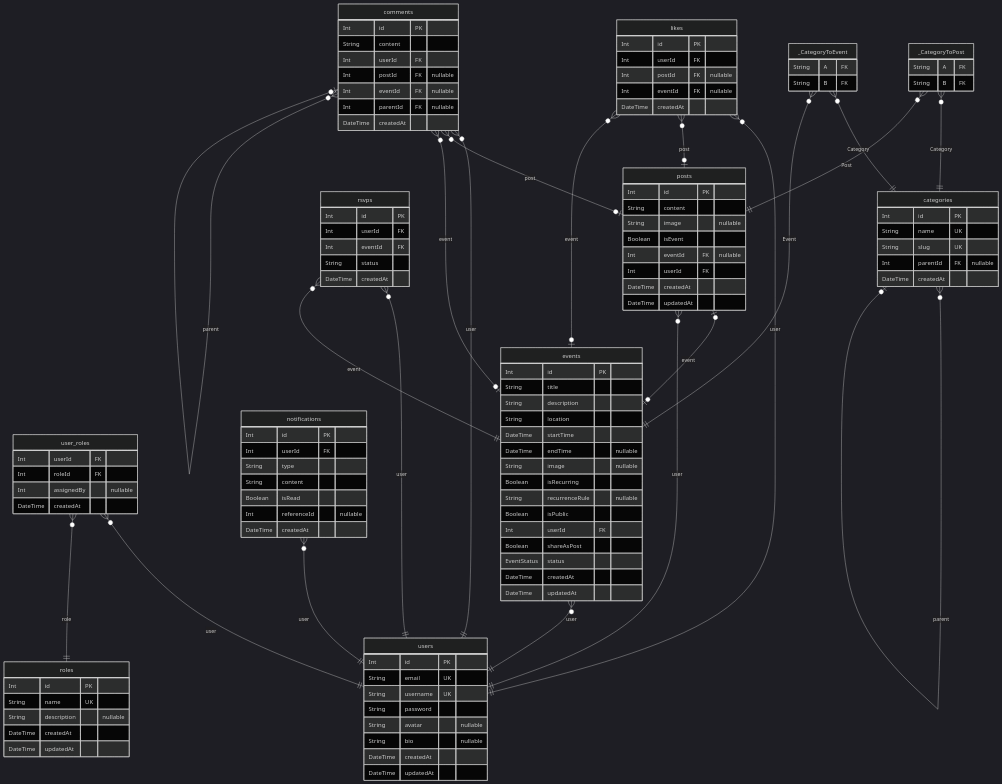
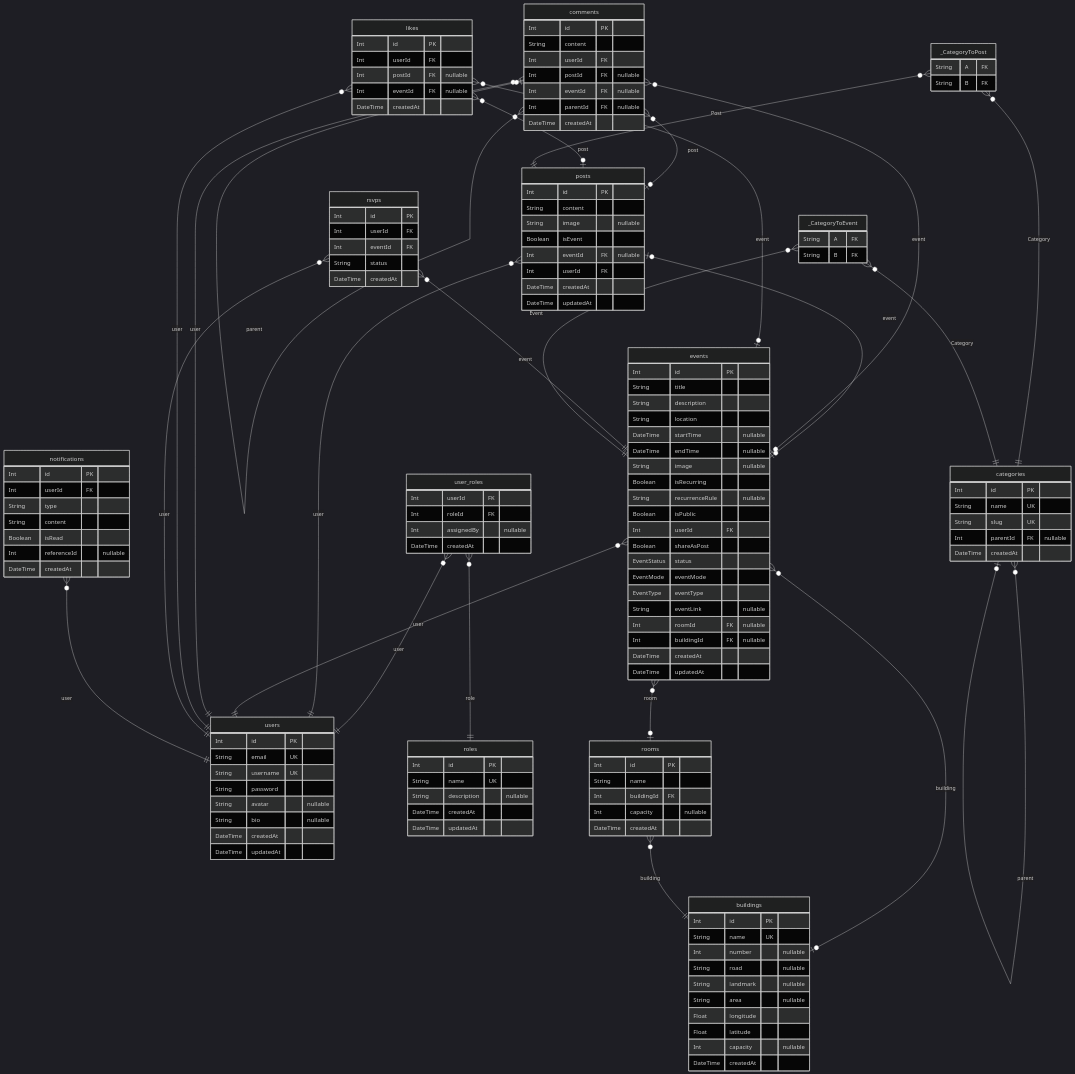
Before and after one commit to Phastboy/nest-auth: the diagram in prisma/ERD.md, drawn with Mermaid (dark theme). The commit also changed other lines of this file and 252 other files, not shown here.

```diff
--- a/prisma/ERD.md
+++ b/prisma/ERD.md
@@ -51,7 +51,7 @@
   String title
   String description
   String location
-  DateTime startTime
+  DateTime startTime "nullable"
   DateTime endTime "nullable"
   String image "nullable"
   Boolean isRecurring
@@ -60,8 +60,32 @@
   Int userId FK
   Boolean shareAsPost
   EventStatus status
+  EventMode eventMode
+  EventType eventType
+  String eventLink "nullable"
+  Int roomId FK "nullable"
+  Int buildingId FK "nullable"
   DateTime createdAt
   DateTime updatedAt
+}
+"buildings" {
+  Int id PK
+  String name UK
+  Int number "nullable"
+  String road "nullable"
+  String landmark "nullable"
+  String area "nullable"
+  Float longitude
+  Float latitude
+  Int capacity "nullable"
+  DateTime createdAt
+}
+"rooms" {
+  Int id PK
+  String name
+  Int buildingId FK
+  Int capacity "nullable"
+  DateTime createdAt
 }
 "comments" {
   Int id PK
@@ -109,6 +133,9 @@
 "posts" |o--o| "events" : event
 "posts" }o--|| "users" : user
 "events" }o--|| "users" : user
+"events" }o--o| "rooms" : room
+"events" }o--o| "buildings" : building
+"rooms" }o--|| "buildings" : building
 "comments" }o--|| "users" : user
 "comments" }o--o| "posts" : post
 "comments" }o--o| "events" : event
```
